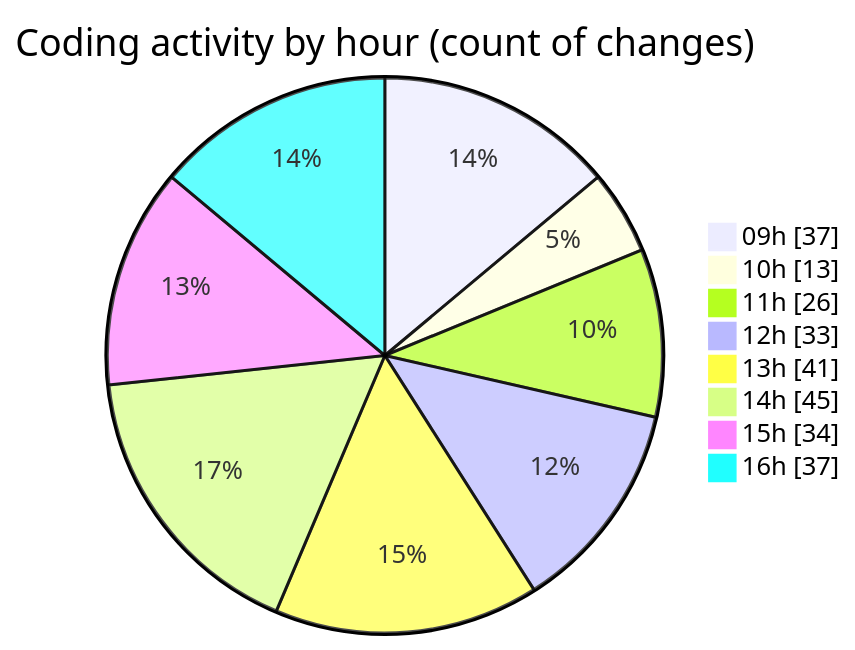
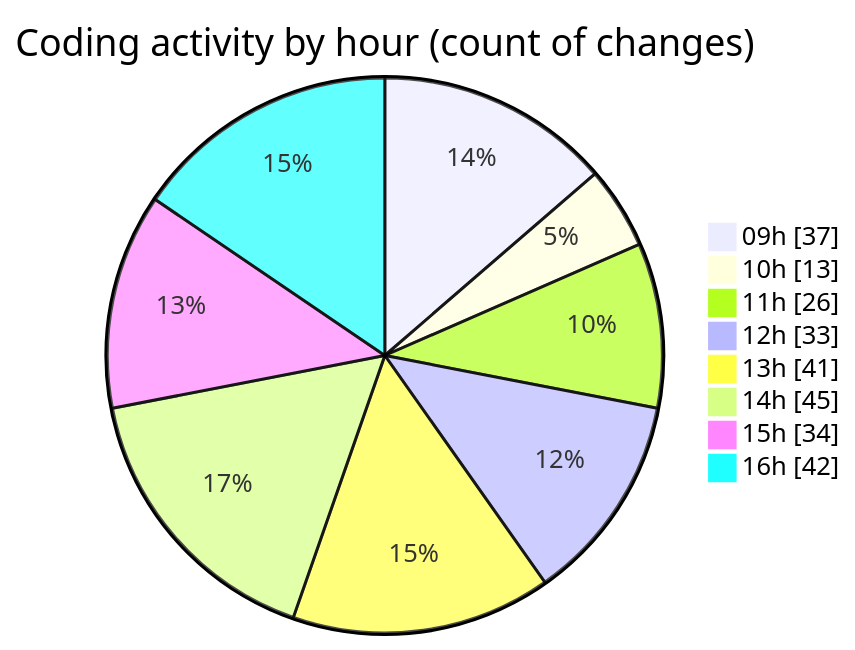
Before and after one commit to momahboobian/code-tracking: the second of 2 diagrams in 2026-04-23/cda/README.md, drawn with Mermaid. The commit also changed other lines of this file and 1 other file, not shown here.

````diff
--- a/2026-04-23/cda/README.md
+++ b/2026-04-23/cda/README.md
@@ -56,12 +56,12 @@
 ```mermaid
 pie showData
 title Coding activity by hour (count of changes)
 "09h" : 37
 "10h" : 13
 "11h" : 26
 "12h" : 33
 "13h" : 41
 "14h" : 45
 "15h" : 34
-"16h" : 37
+"16h" : 42
 ```
````
